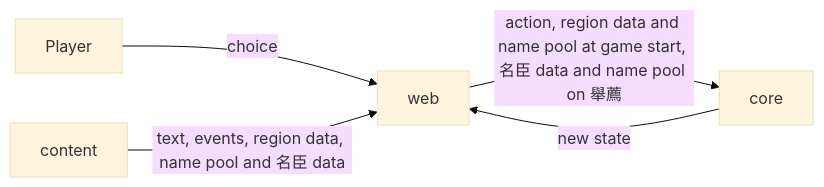
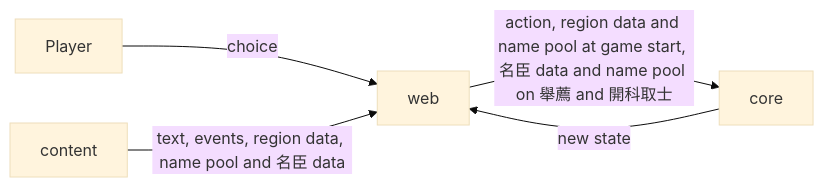
Before and after one commit to dcheng1248/agent-harness-test: the second of 2 diagrams in docs/architecture.md, drawn with Mermaid (base theme). The commit also changed 8 other files, not shown here.

````diff
--- a/docs/architecture.md
+++ b/docs/architecture.md
@@ -12,7 +12,7 @@
 ```mermaid
 flowchart LR
   Player -->|choice| web
-  web -->|action, region data and name pool at game start, 名臣 data and name pool on 舉薦| core
+  web -->|action, region data and name pool at game start, 名臣 data and name pool on 舉薦 and 開科取士| core
   content -->|text, events, region data, name pool and 名臣 data| web
   core -->|new state| web
 ```
````
